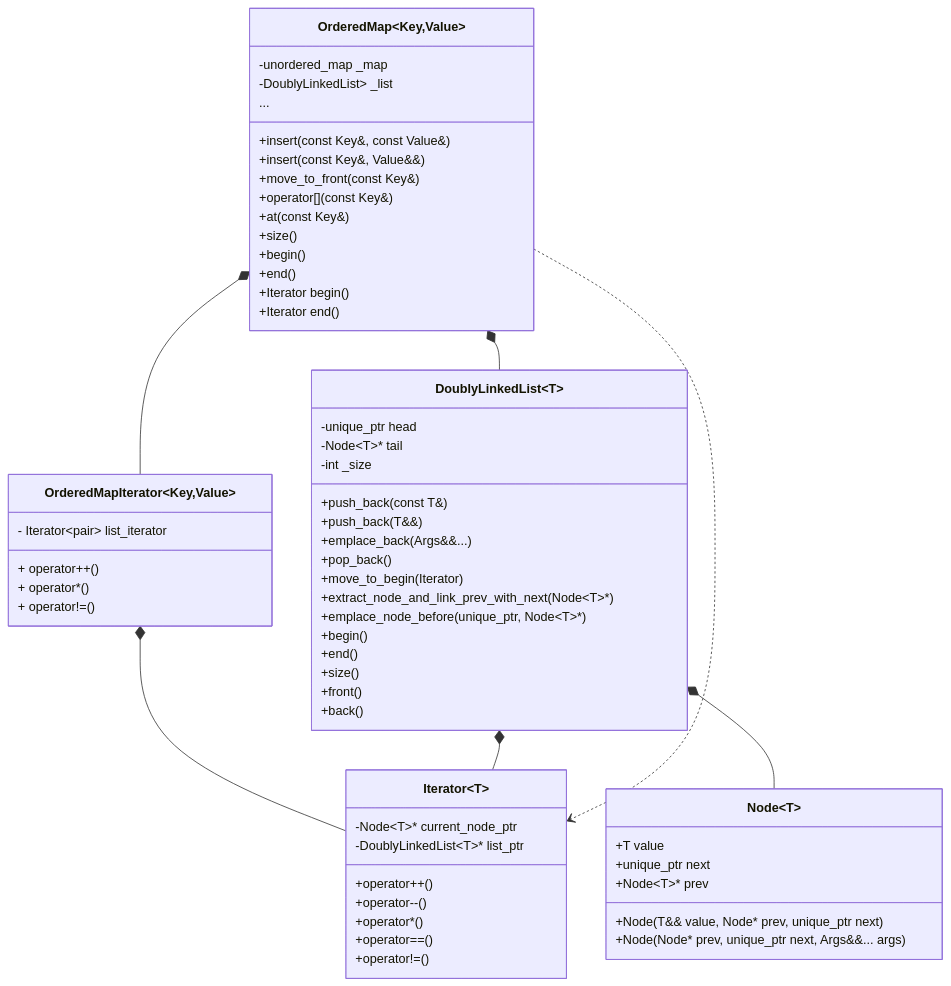
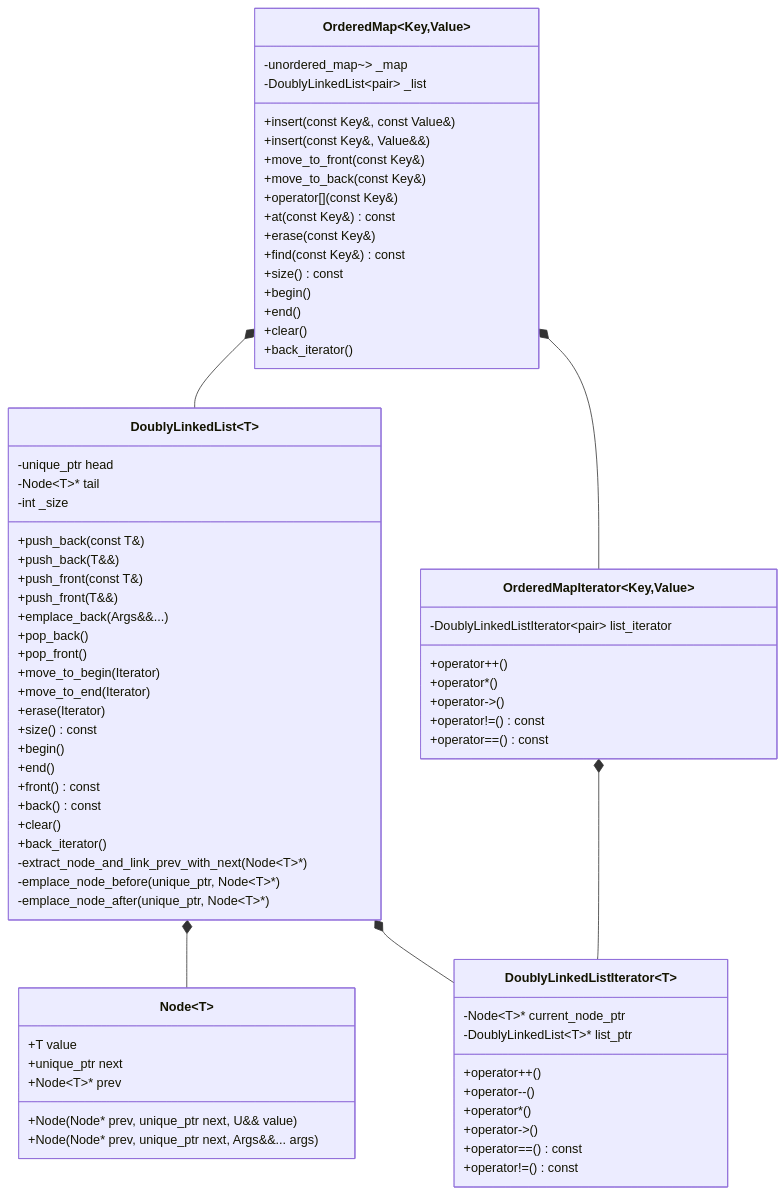
One commit to mohameds-dev/ordered_map_lib changed the diagram in README.md. Above: the diagram before and after it, drawn with Mermaid.

Commit message:
Update README.md - Update Class diagram
- Organize the diagram for clarity
- Update the diagram with the recent changes

````diff
--- a/README.md
+++ b/README.md
@@ -68,78 +68,83 @@
 ```mermaid
 classDiagram
-    class Node~T~ {
-        +T value
-        +unique_ptr<Node~T~> next
-        +Node~T~* prev
-        +Node(T&& value, Node* prev, unique_ptr<Node> next)
-        +Node(Node* prev, unique_ptr<Node> next, Args&&... args)
-    }
 
-    class DoublyLinkedList~T~ {
-        -unique_ptr<Node~T~> head
-        -Node~T~* tail
-        -int _size
-        +push_back(const T&)
-        +push_back(T&&)
-        +emplace_back(Args&&...)
-        +pop_back()
-        +move_to_begin(Iterator)
-        +extract_node_and_link_prev_with_next(Node~T~*)
-        +emplace_node_before(unique_ptr<Node~T~>, Node~T~*)
-        +begin()
-        +end()
-        +size()
-        +front()
-        +back()
-    }
-
-    class Iterator~T~ {
-        -Node~T~* current_node_ptr
-        -DoublyLinkedList~T~* list_ptr
-        +operator++()
-        +operator--()
-        +operator*()
-        +operator==()
-        +operator!=()
-    }
-
-    class OrderedMap~Key,Value~ {
-        -unordered_map<Key, Iterator> _map
-        -DoublyLinkedList<pair<Key,Value>> _list
-        +insert(const Key&, const Value&)
-        +insert(const Key&, Value&&)
-        +move_to_front(const Key&)
-        +operator[](const Key&)
-        +at(const Key&)
-        +size()
-        +begin()
-        +end()
-    }
-
-    class OrderedMap~Key,Value~ {
-    ...
-    +Iterator begin()
-    +Iterator end()
-   }
-
-   class OrderedMapIterator~Key,Value~ {
-    - Iterator~pair<Key,Value>~ list_iterator
-    + operator++()
-    + operator*()
-    + operator!=()
+class Node~T~ {
+    +T value
+    +unique_ptr<Node~T~> next
+    +Node~T~* prev
+    +Node(Node* prev, unique_ptr<Node> next, U&& value)
+    +Node(Node* prev, unique_ptr<Node> next, Args&&... args)
 }
 
+class DoublyLinkedList~T~ {
+    -unique_ptr<Node~T~> head
+    -Node~T~* tail
+    -int _size
+    +push_back(const T&)
+    +push_back(T&&)
+    +push_front(const T&)
+    +push_front(T&&)
+    +emplace_back(Args&&...)
+    +pop_back()
+    +pop_front()
+    +move_to_begin(Iterator)
+    +move_to_end(Iterator)
+    +erase(Iterator)
+    +size() const
+    +begin()
+    +end()
+    +front() const
+    +back() const
+    +clear()
+    +back_iterator()
+    -extract_node_and_link_prev_with_next(Node~T~*)
+    -emplace_node_before(unique_ptr<Node~T~>, Node~T~*)
+    -emplace_node_after(unique_ptr<Node~T~>, Node~T~*)
+}
 
-   OrderedMap~Key,Value~ *-- OrderedMapIterator~Key,Value~
-OrderedMapIterator~Key,Value~ *-- Iterator~pair<Key,Value>~
+class DoublyLinkedListIterator~T~ {
+    -Node~T~* current_node_ptr
+    -DoublyLinkedList~T~* list_ptr
+    +operator++()
+    +operator--()
+    +operator*()
+    +operator->()
+    +operator==() const
+    +operator!=() const
+}
 
+class OrderedMap~Key,Value~ {
+    -unordered_map<Key, DoublyLinkedListIterator~pair<Key,Value>~> _map
+    -DoublyLinkedList~pair<Key,Value>~ _list
+    +insert(const Key&, const Value&)
+    +insert(const Key&, Value&&)
+    +move_to_front(const Key&)
+    +move_to_back(const Key&)
+    +operator[](const Key&)
+    +at(const Key&) const
+    +erase(const Key&)
+    +find(const Key&) const
+    +size() const
+    +begin()
+    +end()
+    +clear()
+    +back_iterator()
+}
 
+class OrderedMapIterator~Key,Value~ {
+    -DoublyLinkedListIterator~pair<Key,Value>~ list_iterator
+    +operator++()
+    +operator*()
+    +operator->()
+    +operator!=() const
+    +operator==() const
+}
 
-    DoublyLinkedList~T~ *-- Node~T~
-    DoublyLinkedList~T~ *-- Iterator~T~
-    OrderedMap~Key,Value~ *-- DoublyLinkedList~pair<Key,Value>~
-    OrderedMap~Key,Value~ ..> Iterator~pair<Key,Value>~
-
+DoublyLinkedList~T~ *-- Node~T~
+DoublyLinkedList~T~ *-- DoublyLinkedListIterator~T~
+OrderedMap~Key,Value~ *-- DoublyLinkedList~pair<Key,Value>~
+OrderedMap~Key,Value~ *-- OrderedMapIterator~Key,Value~
+OrderedMapIterator~Key,Value~ *-- DoublyLinkedListIterator~pair<Key,Value>~
 
 
 ```
````
